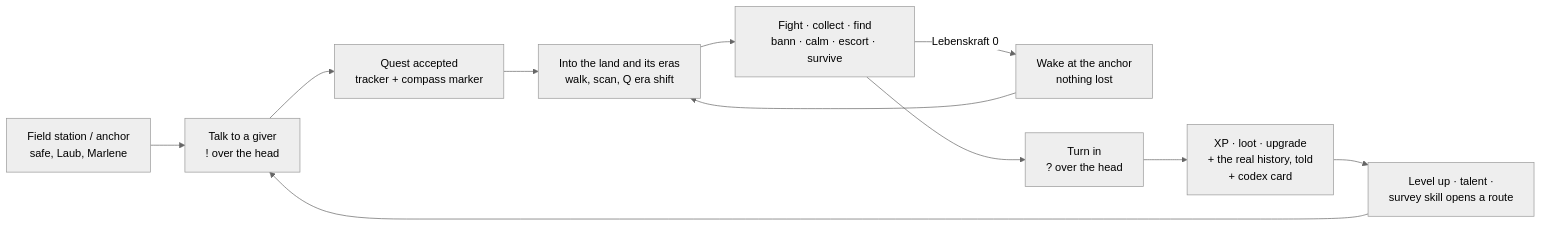
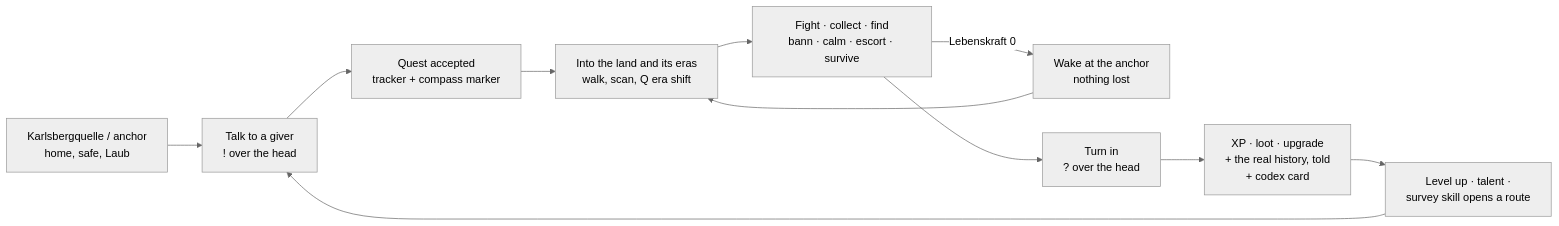
One commit to schloss-karlsberg/karlsberg-quest changed the diagram in docs/ACTION-RPG.md. Above: the diagram before and after it, drawn with Mermaid (neutral theme). The commit also changed other lines of this file and 21 other files, not shown here.

````diff
--- a/docs/ACTION-RPG.md
+++ b/docs/ACTION-RPG.md
@@ -54,13 +60,13 @@
 ```mermaid
 flowchart LR
-    H[Field station / anchor<br/>safe, Laub, Marlene] --> G[Talk to a giver<br/>! over the head]
+    H[Karlsbergquelle / anchor<br/>home, safe, Laub] --> G[Talk to a giver<br/>! over the head]
     G --> Q[Quest accepted<br/>tracker + compass marker]
     Q --> X[Into the land and its eras<br/>walk, scan, Q era shift]
     X --> F[Fight · collect · find<br/>bann · calm · escort · survive]
     F -->|Lebenskraft 0| W[Wake at the anchor<br/>nothing lost]
     W --> X
     F --> T[Turn in<br/>? over the head]
     T --> R[XP · loot · upgrade<br/>+ the real history, told<br/>+ codex card]
     R --> L[Level up · talent ·<br/>survey skill opens a route]
     L --> G
 ```
````
